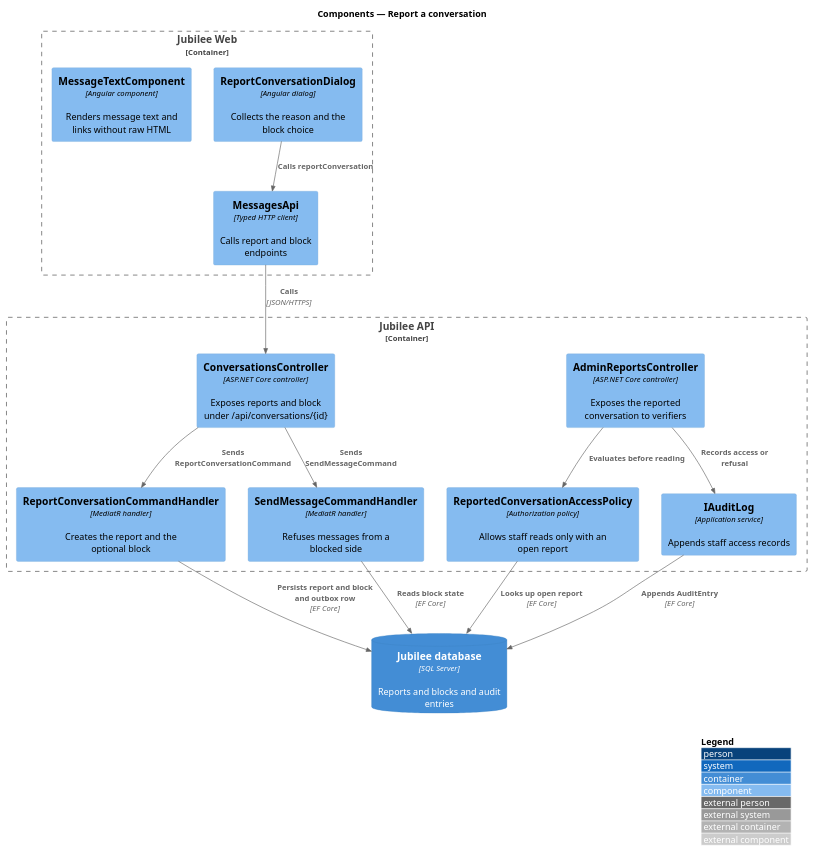
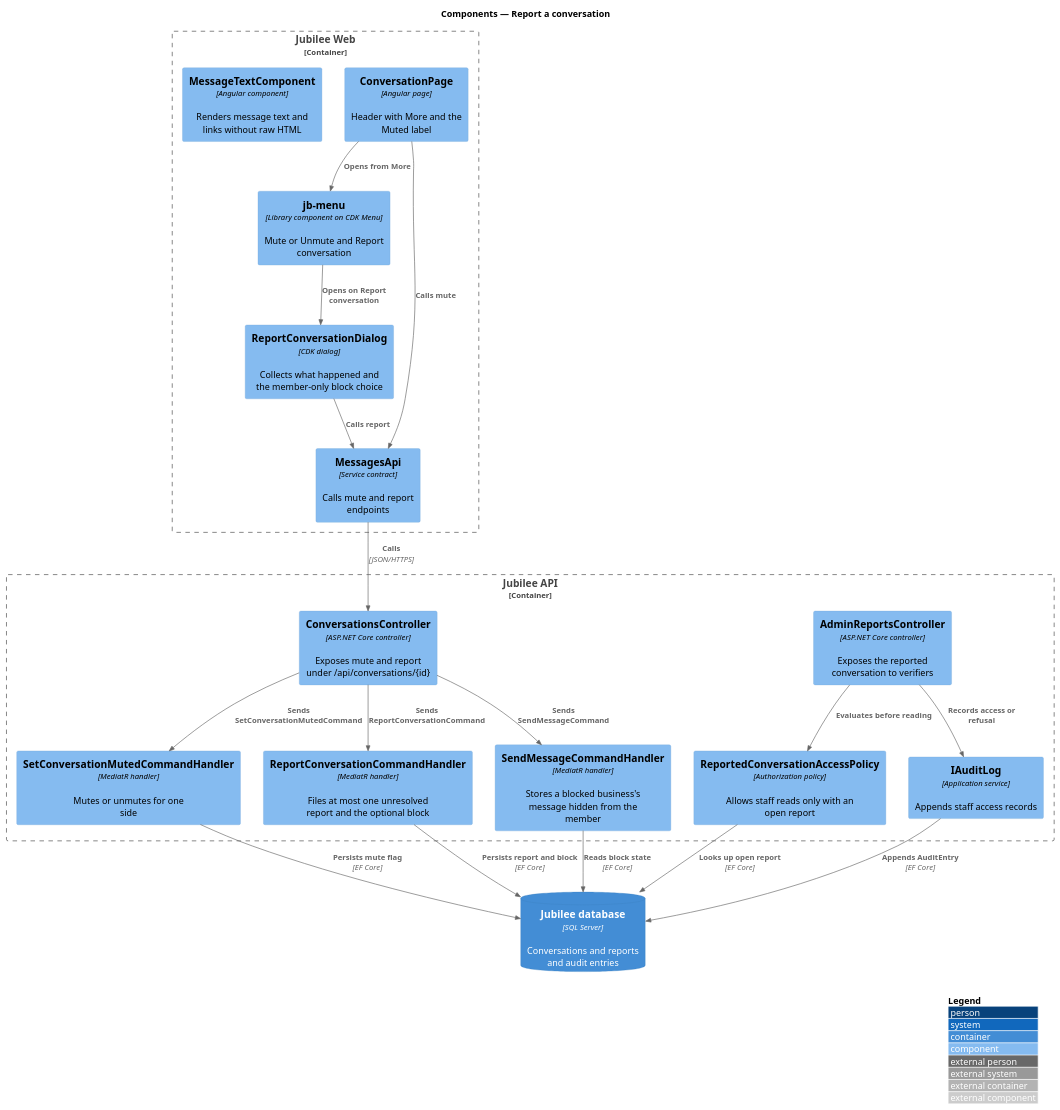
One commit to QuinntyneBrown/jubilee changed the diagram in docs/detailed-designs/messaging/report-conversation/diagrams/c4-component.puml. Above: the diagram before and after it, drawn with PlantUML. The commit also changed 106 other files, not shown here.

```diff
--- a/docs/detailed-designs/messaging/report-conversation/diagrams/c4-component.puml
+++ b/docs/detailed-designs/messaging/report-conversation/diagrams/c4-component.puml
@@ -1,31 +1,39 @@
 @startuml
 !include <C4/C4_Component>
 LAYOUT_WITH_LEGEND()
 title Components — Report a conversation
 
 Container_Boundary(web, "Jubilee Web") {
-  Component(dialog, "ReportConversationDialog", "Angular dialog", "Collects the reason and the block choice")
+  Component(page, "ConversationPage", "Angular page", "Header with More and the Muted label")
+  Component(menu, "jb-menu", "Library component on CDK Menu", "Mute or Unmute and Report conversation")
+  Component(dialog, "ReportConversationDialog", "CDK dialog", "Collects what happened and the member-only block choice")
   Component(text, "MessageTextComponent", "Angular component", "Renders message text and links without raw HTML")
-  Component(client, "MessagesApi", "Typed HTTP client", "Calls report and block endpoints")
+  Component(client, "MessagesApi", "Service contract", "Calls mute and report endpoints")
 }
 Container_Boundary(api, "Jubilee API") {
-  Component(ctrl, "ConversationsController", "ASP.NET Core controller", "Exposes reports and block under /api/conversations/{id}")
+  Component(ctrl, "ConversationsController", "ASP.NET Core controller", "Exposes mute and report under /api/conversations/{id}")
   Component(admin, "AdminReportsController", "ASP.NET Core controller", "Exposes the reported conversation to verifiers")
-  Component(report, "ReportConversationCommandHandler", "MediatR handler", "Creates the report and the optional block")
-  Component(send, "SendMessageCommandHandler", "MediatR handler", "Refuses messages from a blocked side")
+  Component(mute, "SetConversationMutedCommandHandler", "MediatR handler", "Mutes or unmutes for one side")
+  Component(report, "ReportConversationCommandHandler", "MediatR handler", "Files at most one unresolved report and the optional block")
+  Component(send, "SendMessageCommandHandler", "MediatR handler", "Stores a blocked business's message hidden from the member")
   Component(policy, "ReportedConversationAccessPolicy", "Authorization policy", "Allows staff reads only with an open report")
   Component(audit, "IAuditLog", "Application service", "Appends staff access records")
 }
-ContainerDb(db, "Jubilee database", "SQL Server", "Reports and blocks and audit entries")
+ContainerDb(db, "Jubilee database", "SQL Server", "Conversations and reports and audit entries")
 
-Rel(dialog, client, "Calls reportConversation")
+Rel(page, menu, "Opens from More")
+Rel(menu, dialog, "Opens on Report conversation")
+Rel(page, client, "Calls mute")
+Rel(dialog, client, "Calls report")
 Rel(client, ctrl, "Calls", "JSON/HTTPS")
+Rel(ctrl, mute, "Sends SetConversationMutedCommand")
 Rel(ctrl, report, "Sends ReportConversationCommand")
 Rel(ctrl, send, "Sends SendMessageCommand")
 Rel(admin, policy, "Evaluates before reading")
 Rel(admin, audit, "Records access or refusal")
-Rel(report, db, "Persists report and block and outbox row", "EF Core")
+Rel(mute, db, "Persists mute flag", "EF Core")
+Rel(report, db, "Persists report and block", "EF Core")
 Rel(send, db, "Reads block state", "EF Core")
 Rel(policy, db, "Looks up open report", "EF Core")
 Rel(audit, db, "Appends AuditEntry", "EF Core")
 @enduml
```
